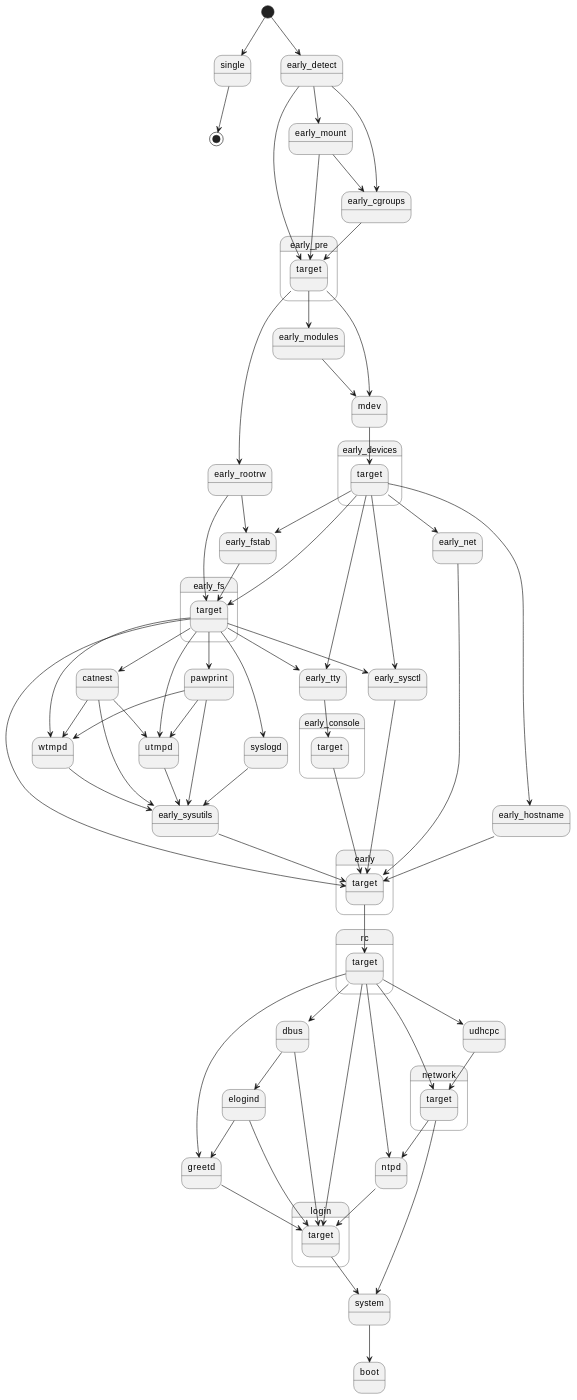
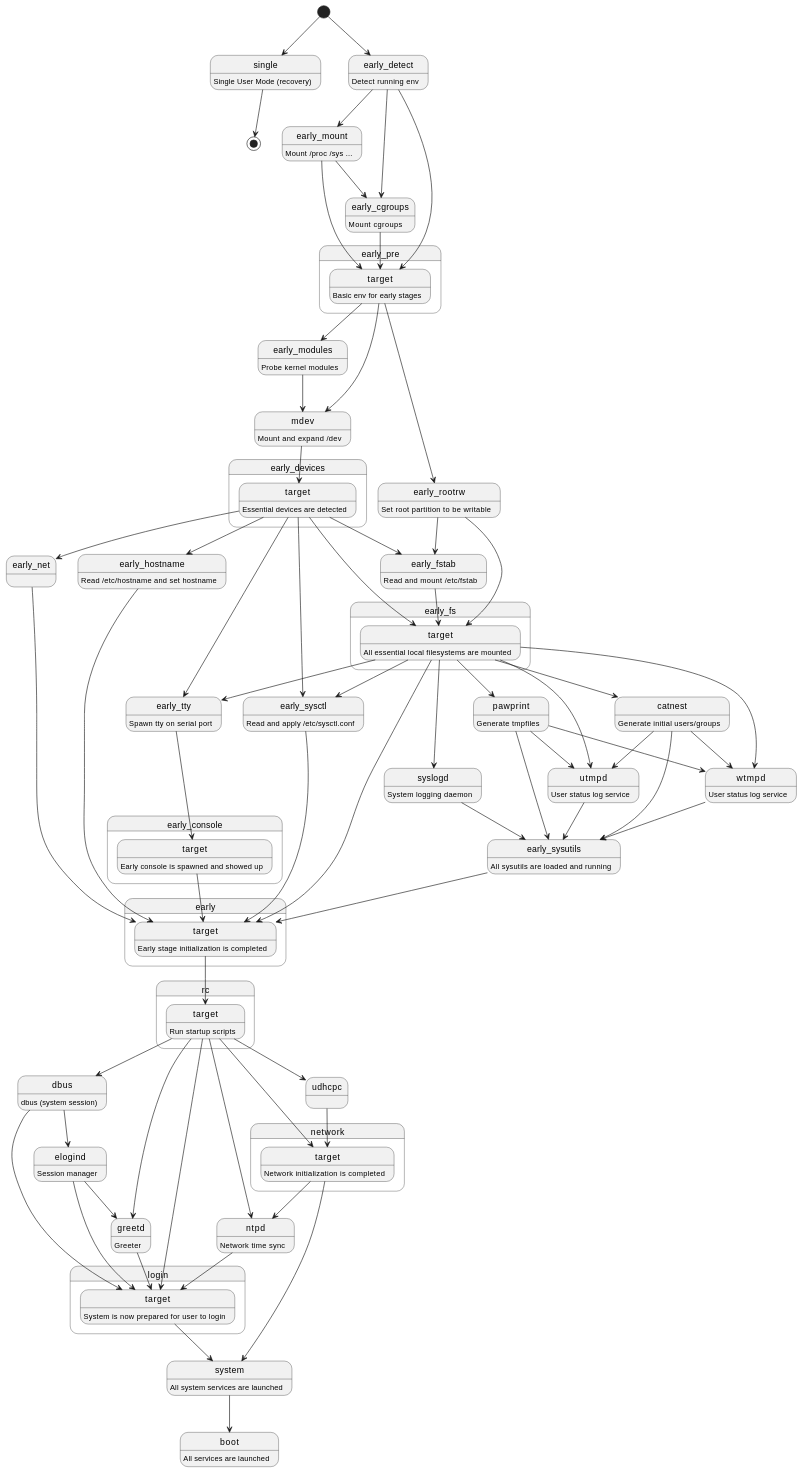
One commit to eweOS/wiki changed the diagram in dev/topic/sysutils/dinit.md. Above: the diagram before and after it, drawn with PlantUML. The commit also changed other lines of this file, not shown here.

Commit message:
docs: update dev/topic/sysutils/dinit

````diff
--- a/dev/topic/sysutils/dinit.md
+++ b/dev/topic/sysutils/dinit.md
@@ -13,5 +13,38 @@
 ```plantuml
 @startuml
+
+single: Single User Mode (recovery)
+early_detect: Detect running env
+early_mount: Mount /proc /sys ...
+early_cgroups: Mount cgroups
+early_pre.target: Basic env for early stages
+mdev: Mount and expand /dev
+early_modules: Probe kernel modules
+early_devices.target: Essential devices are detected
+early_rootrw: Set root partition to be writable
+early_fs.target: All essential local filesystems are mounted
+early_fstab: Read and mount /etc/fstab
+early_hostname: Read /etc/hostname and set hostname
+early_tty: Spawn tty on serial port
+early_sysctl: Read and apply /etc/sysctl.conf
+pawprint: Generate tmpfiles
+catnest: Generate initial users/groups
+utmpd: User status log service
+wtmpd: User status log service
+early_sysutils: All sysutils are loaded and running
+syslogd: System logging daemon
+early_console.target: Early console is spawned and showed up
+early.target: Early stage initialization is completed
+rc.target: Run startup scripts
+network.target: Network initialization is completed
+dbus: dbus (system session)
+elogind: Session manager
+ntpd: Network time sync
+greetd: Greeter
+login.target: System is now prepared for user to login
+system: All system services are launched
+boot: All services are launched
+
 
 [*] --> single
 single --> [*]
````
